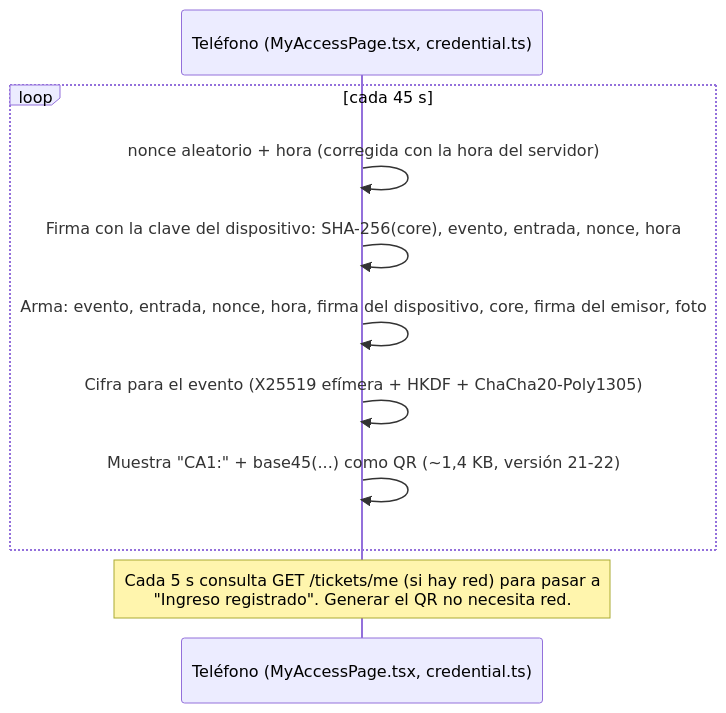
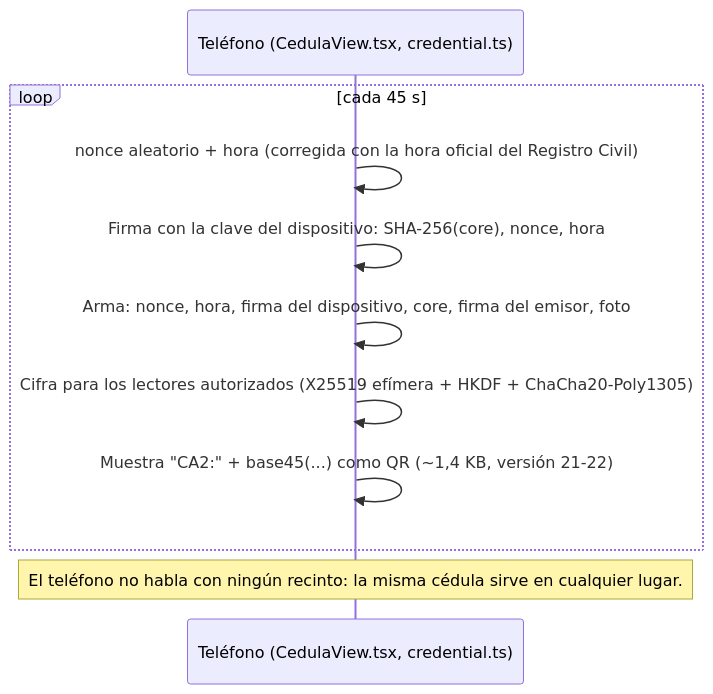
Before and after one commit to mmonzodiaz/TESIS---Control-QR-Dinamico: the second of 4 diagrams in docs/architecture.md, drawn with Mermaid. The commit also changed other lines of this file and 76 other files, not shown here.

````diff
--- a/docs/architecture.md
+++ b/docs/architecture.md
@@ -33,13 +28,13 @@
 ```mermaid
 sequenceDiagram
-    participant T as Teléfono (MyAccessPage.tsx, credential.ts)
+    participant T as Teléfono (CedulaView.tsx, credential.ts)
 
     loop cada 45 s
-        T->>T: nonce aleatorio + hora (corregida con la hora del servidor)
-        T->>T: Firma con la clave del dispositivo: SHA-256(core), evento, entrada, nonce, hora
-        T->>T: Arma: evento, entrada, nonce, hora, firma del dispositivo, core, firma del emisor, foto
-        T->>T: Cifra para el evento (X25519 efímera + HKDF + ChaCha20-Poly1305)
-        T->>T: Muestra "CA1:" + base45(...) como QR (~1,4 KB, versión 21-22)
+        T->>T: nonce aleatorio + hora (corregida con la hora oficial del Registro Civil)
+        T->>T: Firma con la clave del dispositivo: SHA-256(core), nonce, hora
+        T->>T: Arma: nonce, hora, firma del dispositivo, core, firma del emisor, foto
+        T->>T: Cifra para los lectores autorizados (X25519 efímera + HKDF + ChaCha20-Poly1305)
+        T->>T: Muestra "CA2:" + base45(...) como QR (~1,4 KB, versión 21-22)
     end
-    Note over T: Cada 5 s consulta GET /tickets/me (si hay red) para pasar a<br/>"Ingreso registrado". Generar el QR no necesita red.
+    Note over T: El teléfono no habla con ningún recinto: la misma cédula sirve en cualquier lugar.
 ```
````
